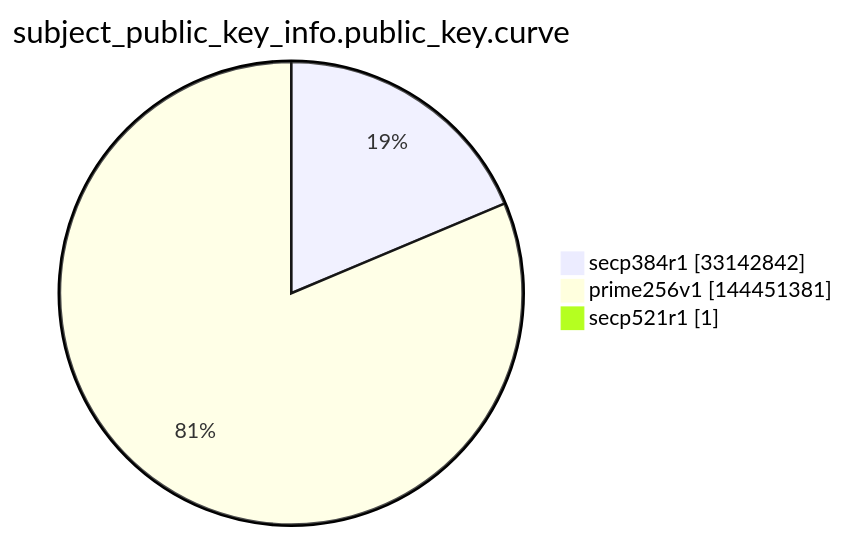
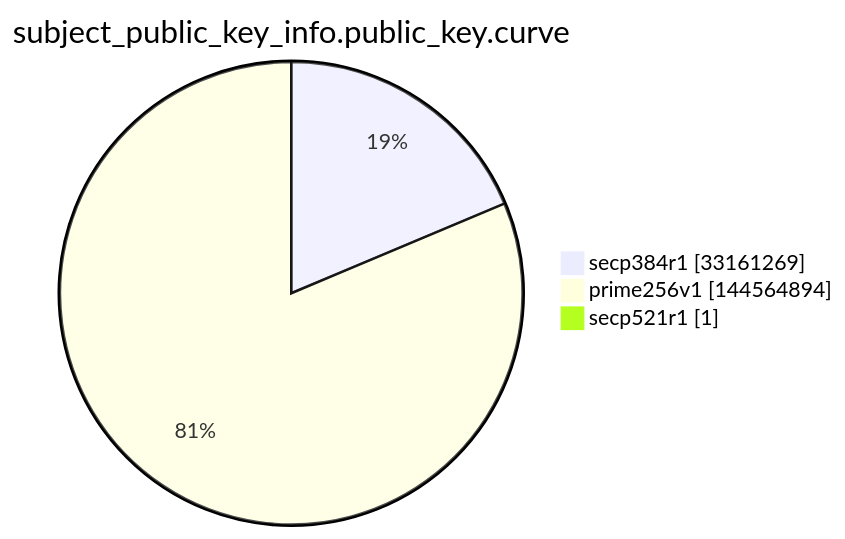
One commit to christiankrug/ctmonitor_visualization changed the ninth of 15 diagrams in argon2022/README.md. Above: the diagram before and after it, drawn with Mermaid. The commit also changed other lines of this file, not shown here.

````diff
--- a/argon2022/README.md
+++ b/argon2022/README.md
@@ -2764,7 +2764,7 @@
 ```mermaid
 pie showData
 title subject_public_key_info.public_key.curve
-"secp384r1" :33142842
-"prime256v1" :144451381
+"secp384r1" :33161269
+"prime256v1" :144564894
 "secp521r1" :1
 ```
````
